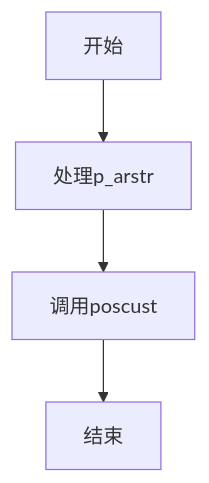
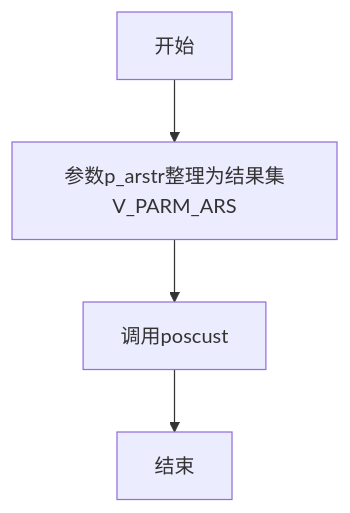
One commit to liuwentao001/20201001HRBZLS changed diagram 31 of 51 in 02.业务梳理流程图简化版_v2020.11.md. Above: the diagram before and after it, drawn with Mermaid. The commit also changed other lines of this file and 8 other files, not shown here.

````diff
--- a/02.业务梳理流程图简化版_v2020.11.md
+++ b/02.业务梳理流程图简化版_v2020.11.md
@@ -484,4 +1063,4 @@
 ```mermaid
 graph TD
-开始-->处理p_arstr-->调用poscust-->结束
+开始-->参数p_arstr整理为结果集V_PARM_ARS-->调用poscust-->结束
 ```
````
